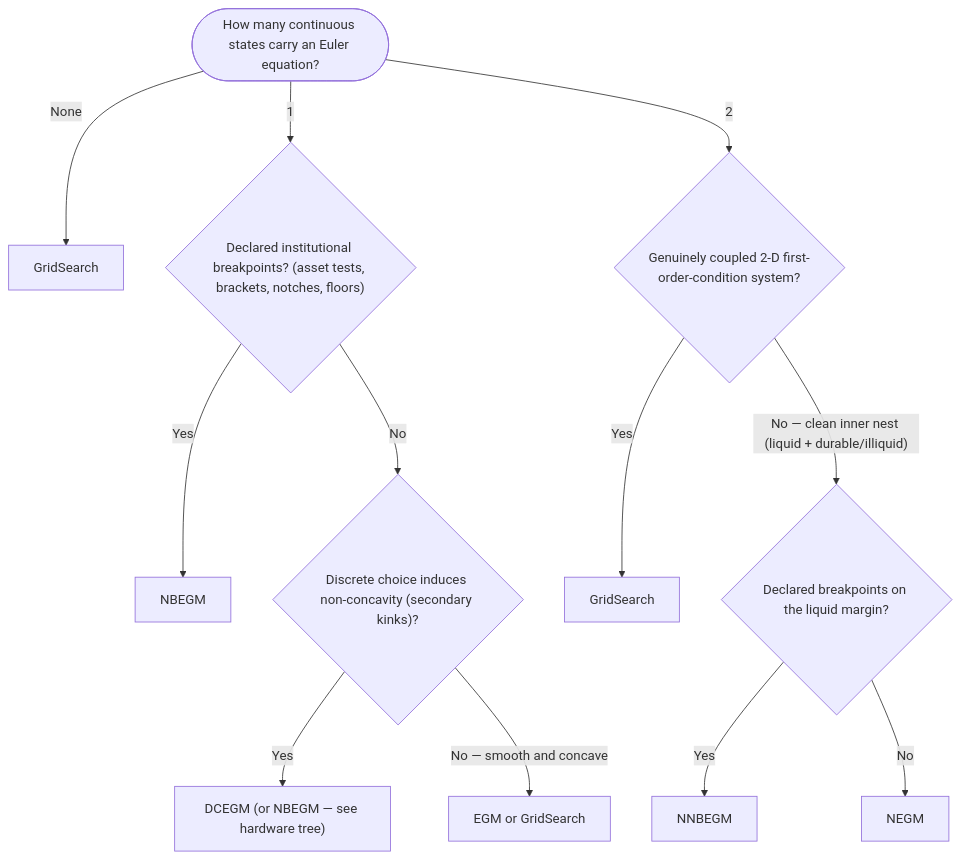
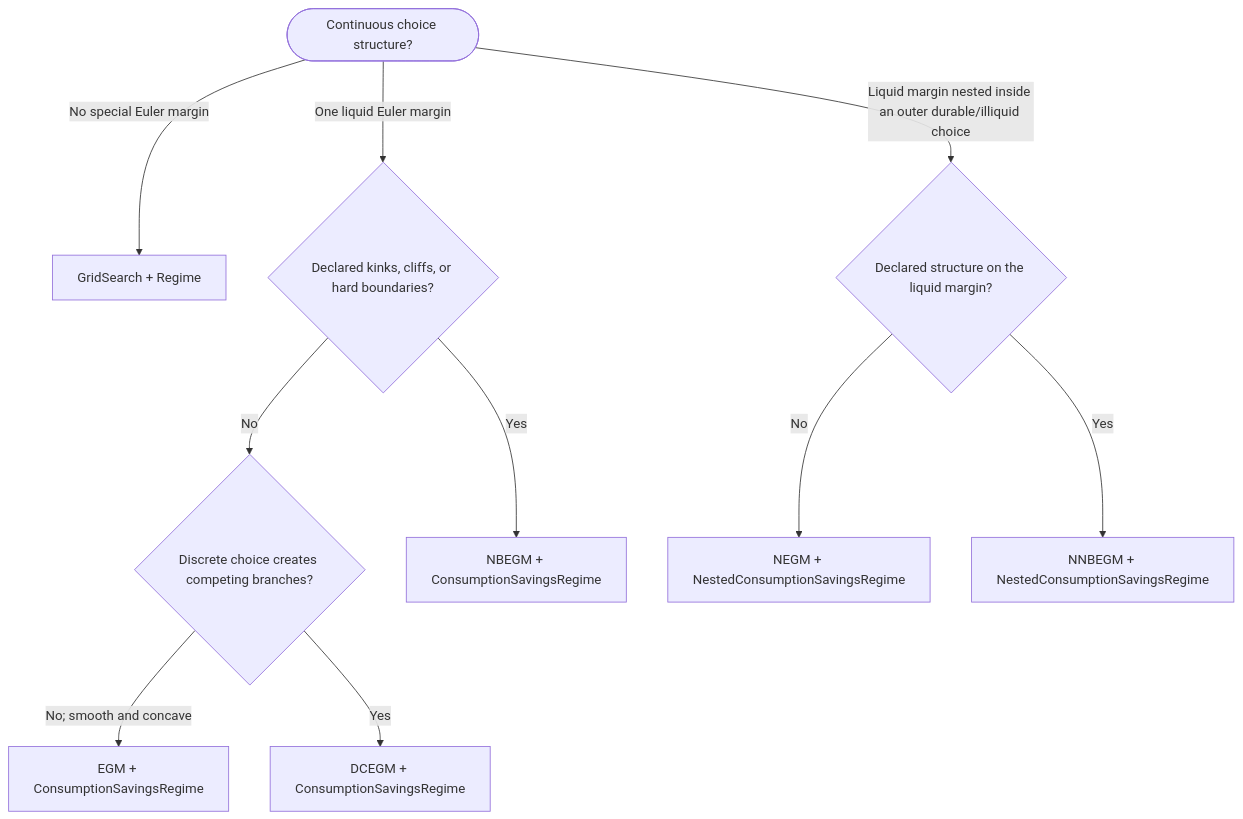
The diagram in docs/user_guide/choosing_a_solver.md (OpenSourceEconomics/pylcm), drawn with Mermaid before and after one commit. The commit also changed other lines of this file and 52 other files, not shown here.

````diff
--- a/docs/user_guide/choosing_a_solver.md
+++ b/docs/user_guide/choosing_a_solver.md
@@ -29,19 +19,13 @@
 ```{mermaid}
 flowchart TD
-    q0(["How many continuous states carry an Euler equation?"])
-    q0 -->|"None"| gs0["GridSearch"]
-    q0 -->|"1"| qbp{"Declared institutional breakpoints? (asset tests, brackets, notches, floors)"}
-    q0 -->|"2"| q2d{"Genuinely coupled 2-D first-order-condition system?"}
-
-    q2d -->|"Yes"| twodim["GridSearch"]
-    q2d -->|"No — clean inner nest (liquid + durable/illiquid)"| qnest{"Declared breakpoints on the liquid margin?"}
-
-    qnest -->|"Yes"| nnbegm["NNBEGM"]
-    qnest -->|"No"| negm["NEGM"]
-
-    qbp -->|"Yes"| nbegm["NBEGM"]
-    qbp -->|"No"| qdc{"Discrete choice induces non-concavity (secondary kinks)?"}
-
-    qdc -->|"Yes"| dcegm["DCEGM (or NBEGM — see hardware tree)"]
-    qdc -->|"No — smooth and concave"| egm["EGM or GridSearch"]
+    start(["Continuous choice structure?"])
+    start -->|"No special Euler margin"| gs["GridSearch + Regime"]
+    start -->|"One liquid Euler margin"| one{"Declared kinks, cliffs, or hard boundaries?"}
+    start -->|"Liquid margin nested inside an outer durable/illiquid choice"| two{"Declared structure on the liquid margin?"}
+    one -->|"No"| disc{"Discrete choice creates competing branches?"}
+    one -->|"Yes"| nb["NBEGM + ConsumptionSavingsRegime"]
+    disc -->|"No; smooth and concave"| egm["EGM + ConsumptionSavingsRegime"]
+    disc -->|"Yes"| dc["DCEGM + ConsumptionSavingsRegime"]
+    two -->|"No"| ne["NEGM + NestedConsumptionSavingsRegime"]
+    two -->|"Yes"| nn["NNBEGM + NestedConsumptionSavingsRegime"]
 ```
````
